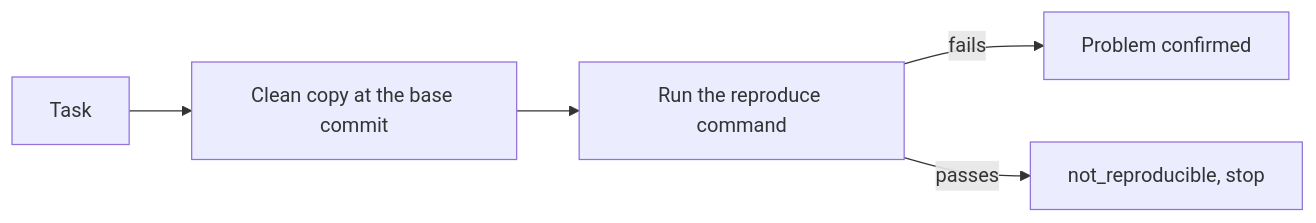
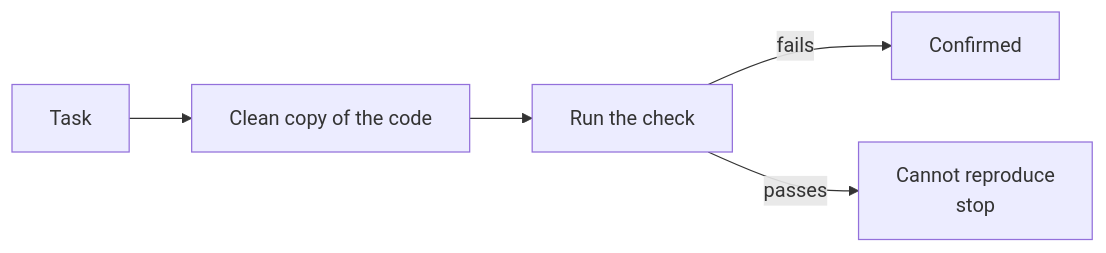
The third of 11 diagrams in docs/guides/how-a-fix-flows.md (michaelatamuk/openjiuwen-works), drawn with Mermaid before and after one commit. The commit also changed other lines of this file and 47 other files, not shown here.

````diff
--- a/docs/guides/how-a-fix-flows.md
+++ b/docs/guides/how-a-fix-flows.md
@@ -53,7 +64,7 @@
 ```mermaid
 flowchart LR
-    T[Task] --> W[Clean copy at the base commit]
-    W --> R[Run the reproduce command]
-    R -->|fails| OK[Problem confirmed]
-    R -->|passes| NO[not_reproducible, stop]
+    T[Task] --> C[Clean copy of the code]
+    C --> R[Run the check]
+    R -->|fails| OK[Confirmed]
+    R -->|passes| NO[Cannot reproduce<br/>stop]
 ```
````
